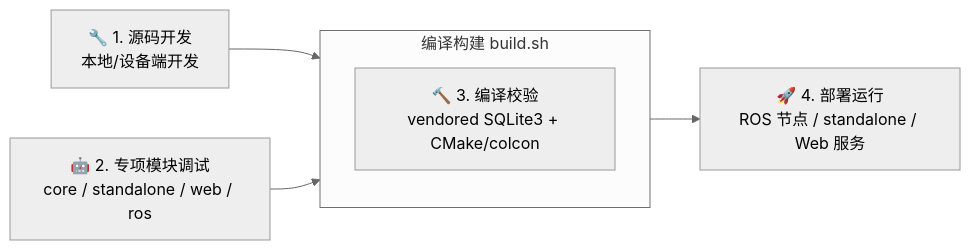
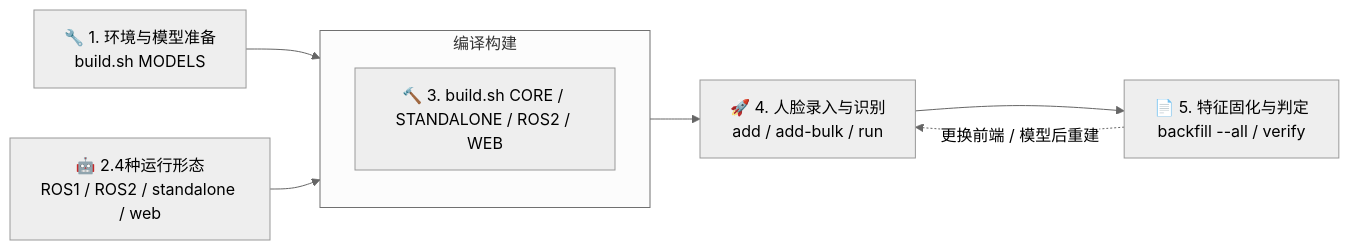
The diagram in README.md (JayRoyin/face_recognition), drawn with Mermaid (neutral theme) before and after one commit. The commit also changed other lines of this file and 38 other files, not shown here.

````diff
--- a/README.md
+++ b/README.md
@@ -59,12 +35,18 @@
 ```mermaid
 flowchart LR
-    A["🔧 1. 源码开发<br/>本地/设备端开发"]
-    B["🤖 2. 专项模块调试<br/>core / standalone / web / ros"]
-    subgraph build["编译构建 build.sh"]
-        C["🔨 3. 编译校验<br/>vendored SQLite3 + CMake/colcon"]
+    A["🔧 1. 环境与模型准备<br/>build.sh MODELS"]
+    B["🤖 2.4种运行形态<br/>ROS1 / ROS2 / standalone / web"]
+
+    subgraph build["编译构建"]
+        C["🔨 3. build.sh CORE / STANDALONE / ROS2 / WEB"]
     end
-    D["🚀 4. 部署运行<br/>ROS 节点 / standalone / Web 服务"]
+
+    D["🚀 4. 人脸录入与识别<br/>add / add-bulk / run"]
+    E["📄 5. 特征固化与判定<br/>backfill --all / verify"]
+
     A --> build
     B --> build
     build --> D
+    D --> E
+    E -.->|"更换前端 / 模型后重建"| D
 ```
````
